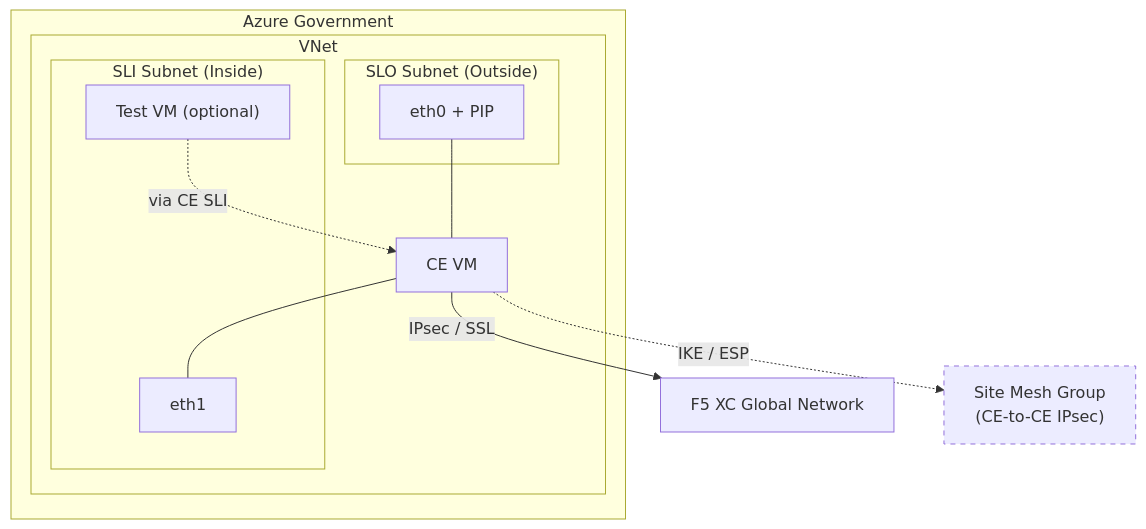
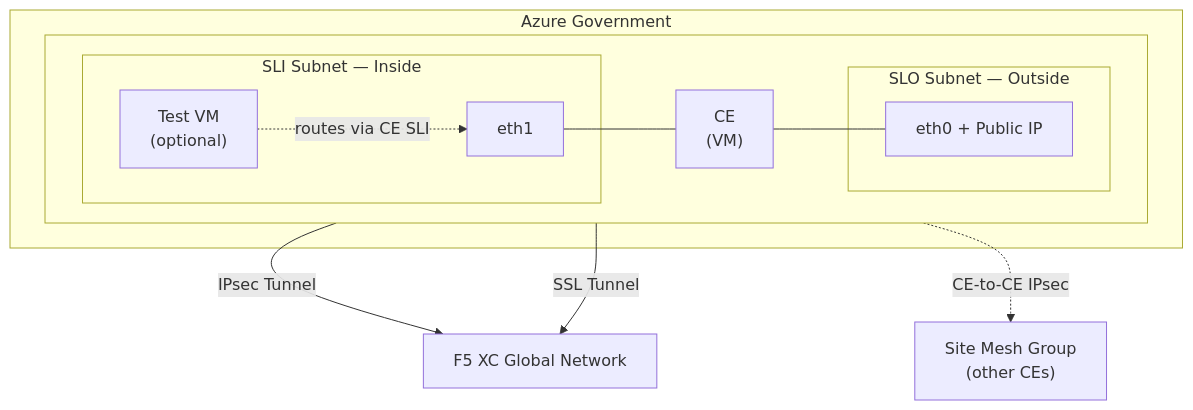
One commit to Mikej81/xc-ce-azure-gov-tf changed the first of 2 diagrams in README.md. Above: the diagram before and after it, drawn with Mermaid. The commit also changed other lines of this file, not shown here.

Commit message:
diagram update match

````diff
--- a/README.md
+++ b/README.md
@@ -9,21 +9,24 @@
 ```mermaid
 graph TD
-    subgraph AzureGov["Azure Government"]
-        subgraph VNet["VNet"]
-            subgraph SLO["SLO Subnet (Outside)"]
-                ETH0["eth0 + PIP"]
+    subgraph Azure["Azure Government"]
+        subgraph VNet[" "]
+            direction LR
+            subgraph SLI["SLI Subnet — Inside"]
+                VM["Test VM<br/>(optional)"]
+                ETH1["eth1"]
             end
-            subgraph SLI["SLI Subnet (Inside)"]
-                ETH1["eth1"]
-                TestVM["Test VM (optional)"]
+            CE["CE<br/>(VM)"]
+            subgraph SLO["SLO Subnet — Outside"]
+                ETH0["eth0 + Public IP"]
             end
-            ETH0 --- CE["CE VM"]
-            CE --- ETH1
         end
     end
-    CE -->|"IPsec / SSL"| XC["F5 XC Global Network"]
-    CE -.->|"IKE / ESP"| SMG["Site Mesh Group\n(CE-to-CE IPsec)"]:::dashed
-    TestVM -.->|"via CE SLI"| CE
 
-    classDef dashed stroke-dasharray: 5 5
+    VM -. "routes via CE SLI" .-> ETH1
+    ETH1 --- CE
+    CE --- ETH0
+
+    ETH0 -- "IPsec Tunnel" --> XC["F5 XC Global Network"]
+    ETH0 -- "SSL Tunnel" --> XC
+    ETH0 -. "CE-to-CE IPsec" .-> SMG["Site Mesh Group<br/>(other CEs)"]
 ```
````
